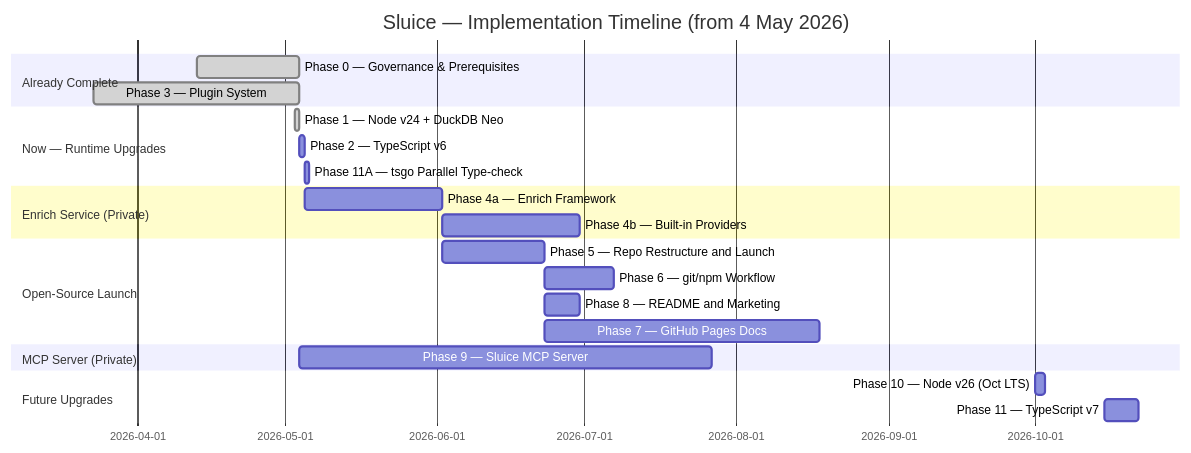
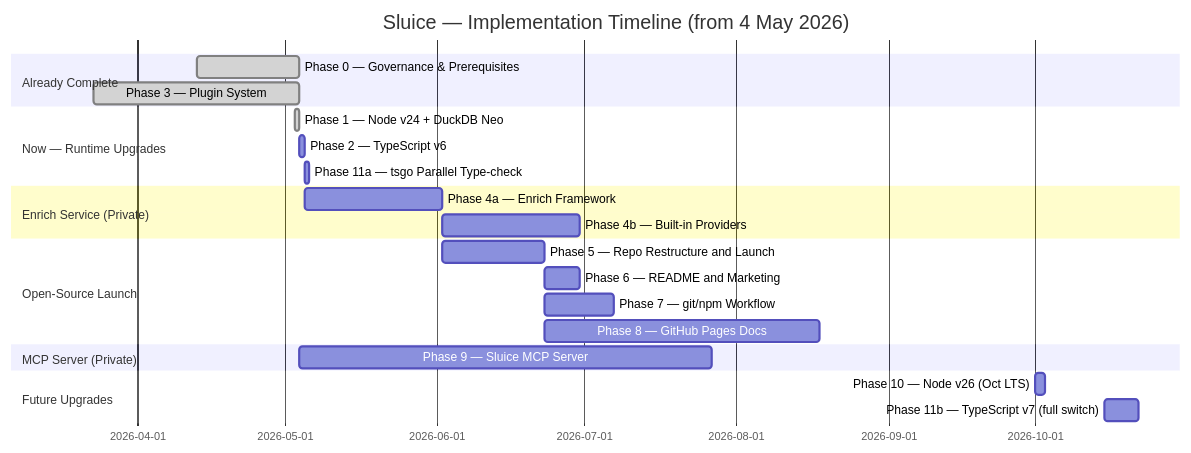
One commit to caracal-lynx/sluice changed the third of 8 diagrams in docs/SLUICE-IMPLEMENTATION-PLAN.md. Above: the diagram before and after it, drawn with Mermaid. The commit also changed other lines of this file and 1 other file, not shown here.

Commit message:
[master] - 📝 Update documentation references and phase sequencing in Context and Implementation Plan

````diff
--- a/docs/SLUICE-IMPLEMENTATION-PLAN.md
+++ b/docs/SLUICE-IMPLEMENTATION-PLAN.md
@@ -204,31 +205,31 @@
 ```mermaid
 gantt
     title Sluice — Implementation Timeline (from 4 May 2026)
     dateFormat YYYY-MM-DD
 
     section Already Complete
     Phase 0 — Governance & Prerequisites   :done, p0, 2026-04-13, 2026-05-04
     Phase 3 — Plugin System                :done, p3, 2026-03-23, 2026-05-04
 
     section Now — Runtime Upgrades
     Phase 1 — Node v24 + DuckDB Neo        :done, p1, 2026-05-03, 1d
     Phase 2 — TypeScript v6                :p2, after p1, 1d
-    Phase 11A — tsgo Parallel Type-check   :p11a, after p2, 1d
+    Phase 11a — tsgo Parallel Type-check   :p11a, after p2, 1d
 
     section Enrich Service (Private)
     Phase 4a — Enrich Framework            :p4a, after p2, 28d
     Phase 4b — Built-in Providers          :p4b, after p4a, 28d
 
     section Open-Source Launch
     Phase 5 — Repo Restructure and Launch  :p5, after p4a, 21d
-    Phase 6 — git/npm Workflow             :p6, after p5, 14d
-    Phase 8 — README and Marketing         :p8, after p5, 7d
-    Phase 7 — GitHub Pages Docs            :p7, after p5, 56d
+    Phase 6 — README and Marketing         :p6, after p5, 7d
+    Phase 7 — git/npm Workflow             :p7, after p5, 14d
+    Phase 8 — GitHub Pages Docs            :p8, after p5, 56d
 
     section MCP Server (Private)
     Phase 9 — Sluice MCP Server            :p9, 2026-05-04, 84d
 
     section Future Upgrades
     Phase 10 — Node v26 (Oct LTS)          :p10, 2026-10-01, 2d
-    Phase 11 — TypeScript v7               :p11, 2026-10-15, 7d
+    Phase 11b — TypeScript v7 (full switch) :p11b, 2026-10-15, 7d
 ```
````
